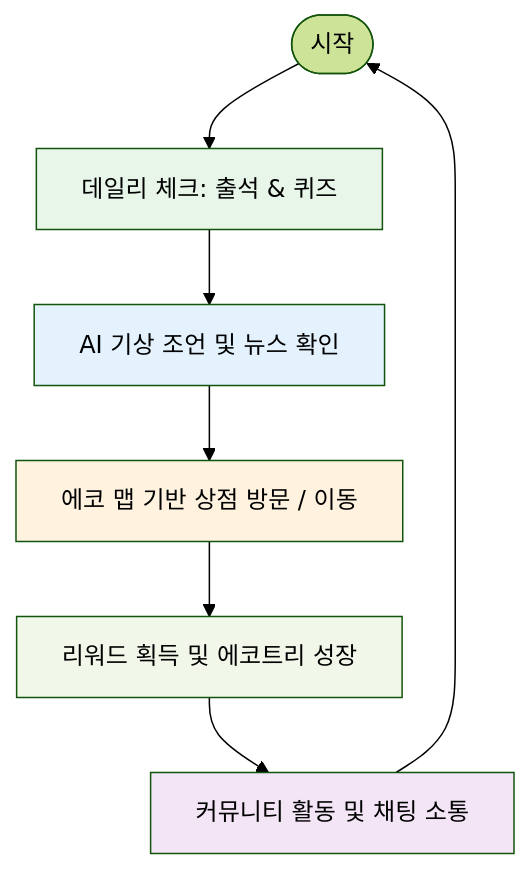
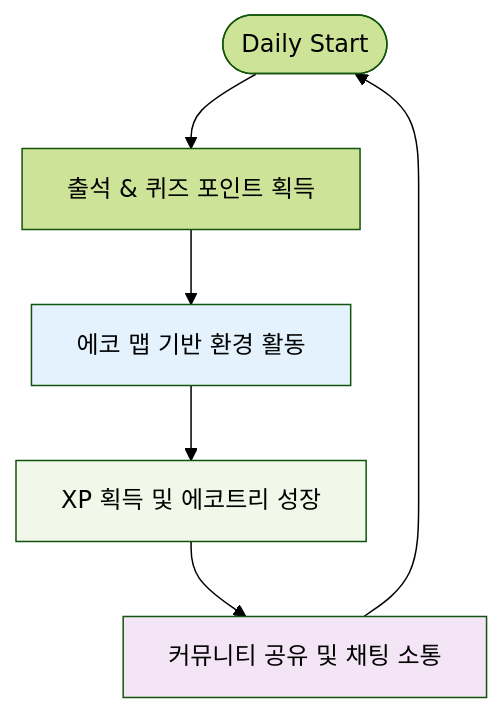
The fifth of 5 diagrams in userflow.md (KJH-Portfolio/202602-Environmenta-Organization), drawn with Mermaid (forest theme) before and after one commit. The commit also changed other lines of this file and 9 other files, not shown here.

````diff
--- a/userflow.md
+++ b/userflow.md
@@ -149,15 +101,12 @@
 ```mermaid
 flowchart TD
-    S([시작]) --> DAILY[데일리 체크: 출석 & 퀴즈]
-    DAILY --> INFO[AI 기상 조언 및 뉴스 확인]
-    INFO --> MAP[에코 맵 기반 상점 방문 / 이동]
-    MAP --> REWARD[리워드 획득 및 에코트리 성장]
-    REWARD --> SHARE[커뮤니티 활동 및 채팅 소통]
-    SHARE --> S
+    S([Daily Start]) --> CHECK[출석 & 퀴즈 포인트 획득]
+    CHECK --> TRAVEL[에코 맵 기반 환경 활동]
+    TRAVEL --> XP[XP 획득 및 에코트리 성장]
+    XP --> SOCIAL[커뮤니티 공유 및 채팅 소통]
+    SOCIAL --> S
 
-    style DAILY fill:#E8F5E9
-    style INFO fill:#E3F2FD
-    style MAP fill:#FFF3E0
-    style REWARD fill:#F1F8E9
-    style SHARE fill:#F3E5F5
+    style TRAVEL fill:#E3F2FD
+    style XP fill:#F1F8E9
+    style SOCIAL fill:#F3E5F5
 ```
````
